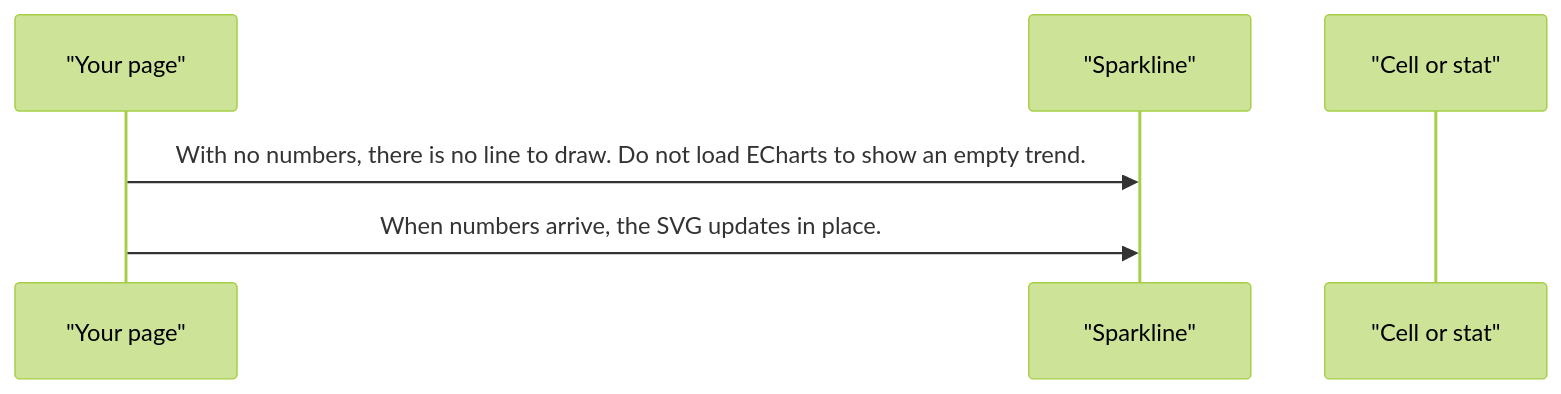
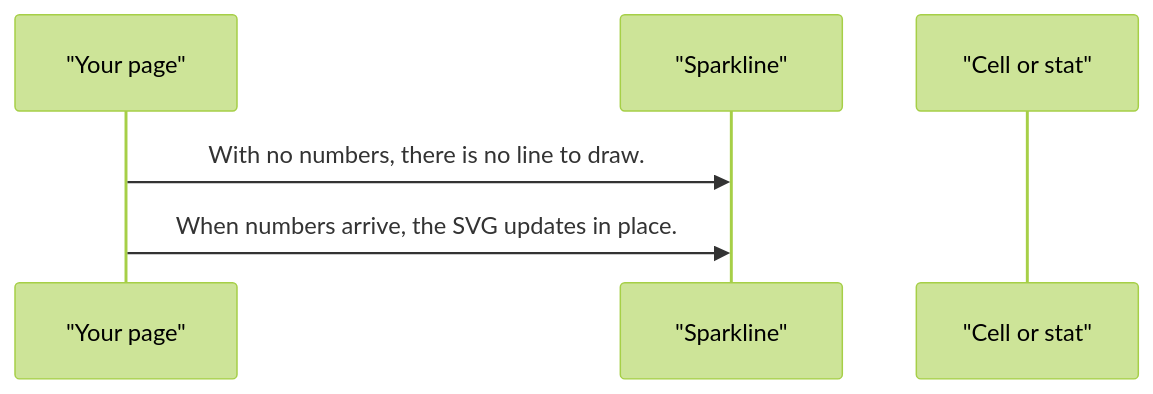
One commit to RajshekharBorate/pixel-ui changed the third of 3 diagrams in projects/pixel-ui/src/lib/pixel-chart-sparkline/DESIGN.md. Above: the diagram before and after it, drawn with Mermaid (forest theme). The commit also changed other lines of this file and 80 other files, not shown here.

Commit message:
Fill missing design flows and correct the stories that did not match component behavior.

````diff
--- a/projects/pixel-ui/src/lib/pixel-chart-sparkline/DESIGN.md
+++ b/projects/pixel-ui/src/lib/pixel-chart-sparkline/DESIGN.md
@@ -54,8 +54,8 @@
 ```mermaid
 sequenceDiagram
   participant page as "Your page"
   participant plot as "Sparkline"
   participant cell as "Cell or stat"
-  page->>plot: With no numbers, there is no line to draw. Do not load ECharts to show an empty trend.
+  page->>plot: With no numbers, there is no line to draw.
   page->>plot: When numbers arrive, the SVG updates in place.
 ```
````
